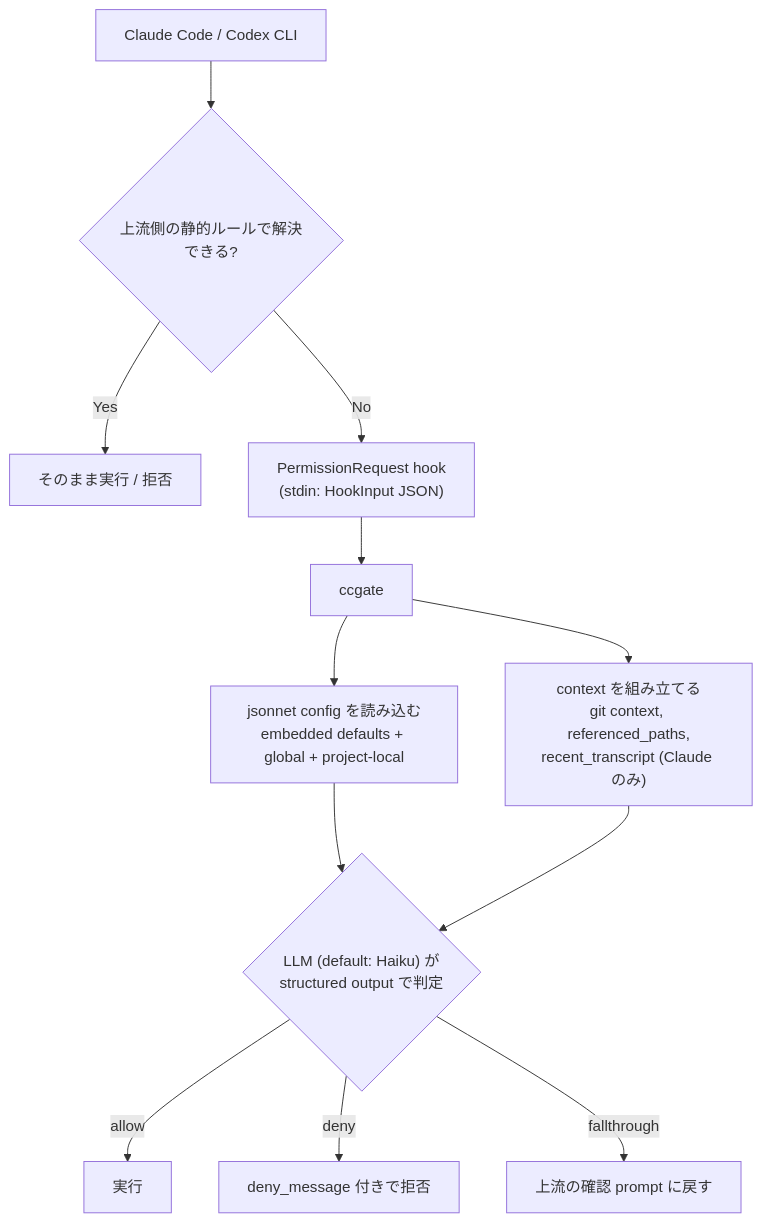
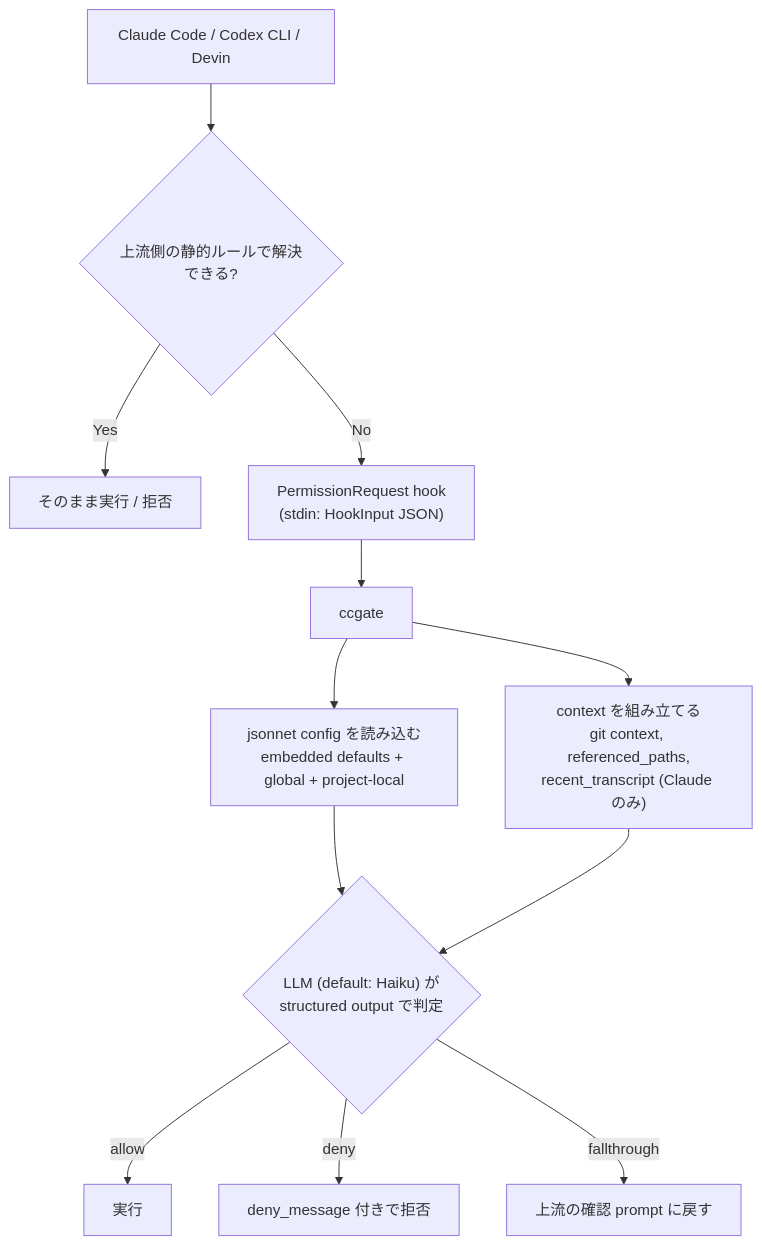
One commit to tak848/ccgate changed the diagram in docs/ja/README.md. Above: the diagram before and after it, drawn with Mermaid. The commit also changed other lines of this file and 23 other files, not shown here.

First line of the commit message:
feat: add Devin CLI PermissionRequest hook support (#120)

````diff
--- a/docs/ja/README.md
+++ b/docs/ja/README.md
@@ -157,14 +190,14 @@
 ```mermaid
 flowchart TD
-  A["Claude Code / Codex CLI"] --> B{"上流側の静的ルールで解決できる?"}
+  A["Claude Code / Codex CLI / Devin"] --> B{"上流側の静的ルールで解決できる?"}
   B -->|Yes| C["そのまま実行 / 拒否"]
   B -->|No| D["PermissionRequest hook<br/>(stdin: HookInput JSON)"]
   D --> E["ccgate"]
   E --> F1["jsonnet config を読み込む<br/>embedded defaults + global + project-local"]
   E --> F2["context を組み立てる<br/>git context, referenced_paths,<br/>recent_transcript (Claude のみ)"]
   F1 --> G{"LLM (default: Haiku) が<br/>structured output で判定"}
   F2 --> G
   G -->|allow| H["実行"]
   G -->|deny| I["deny_message 付きで拒否"]
   G -->|fallthrough| J["上流の確認 prompt に戻す"]
 ```
````
